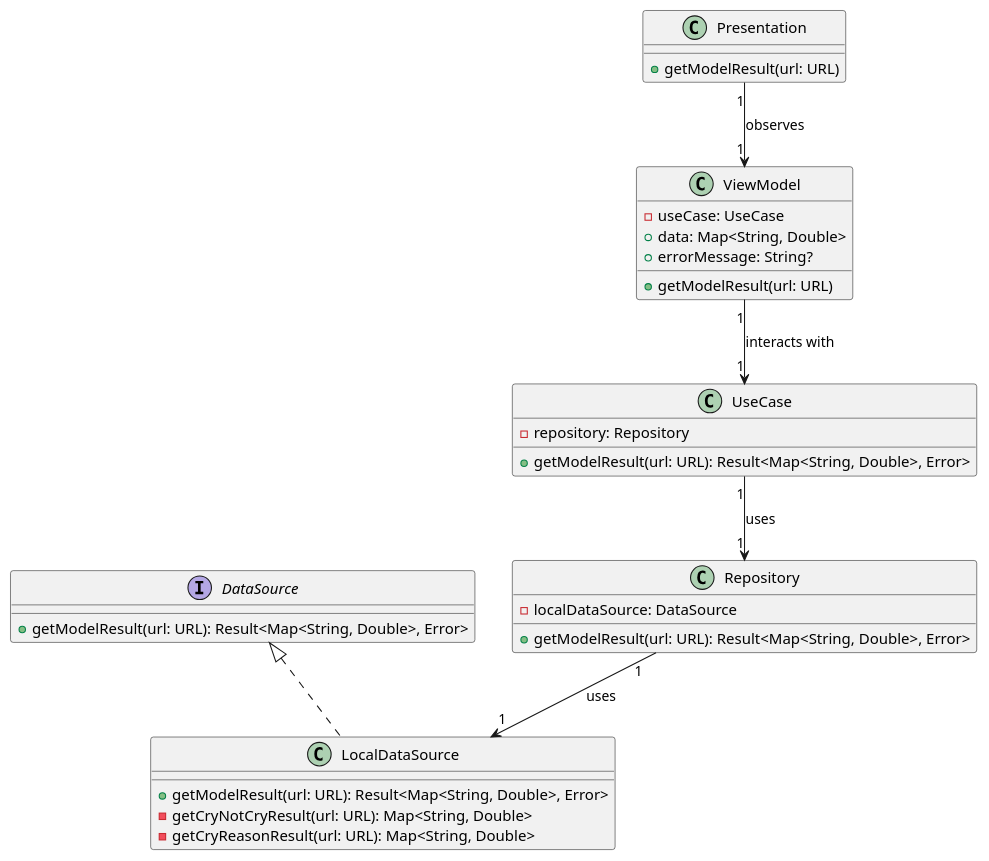
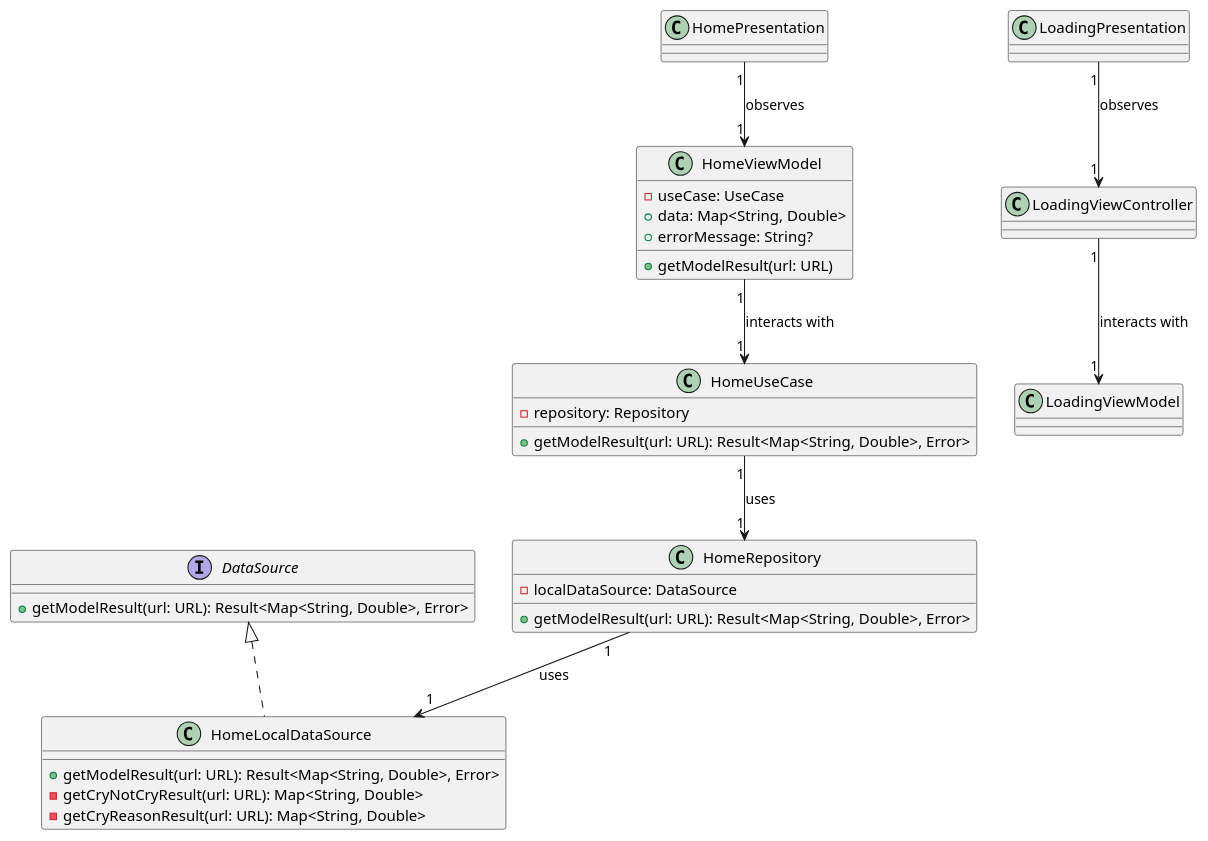
The diagram in PukPuk/Docs/Class Diagram/ClassDiagram.puml (mrasyadc/PukPuk), drawn with PlantUML before and after one commit.

Commit message:
docs: add loading on class diagram

```diff
--- a/PukPuk/Docs/Class Diagram/ClassDiagram.puml
+++ b/PukPuk/Docs/Class Diagram/ClassDiagram.puml
@@ -1,42 +1,56 @@
 @startuml PukPuk
 
 interface DataSource {
     + getModelResult(url: URL): Result<Map<String, Double>, Error>
 }
 
-class LocalDataSource implements DataSource {
+class HomeLocalDataSource implements DataSource {
     + getModelResult(url: URL): Result<Map<String, Double>, Error>
     - getCryNotCryResult(url: URL): Map<String, Double>
     - getCryReasonResult(url: URL): Map<String, Double>
 }
 
 
-class Repository {
+class HomeRepository {
     - localDataSource: DataSource
     + getModelResult(url: URL): Result<Map<String, Double>, Error>
 }
 
-class UseCase {
+class HomeUseCase {
     - repository: Repository
     + getModelResult(url: URL): Result<Map<String, Double>, Error>
 }
 
-class ViewModel {
+class HomeViewModel {
     - useCase: UseCase
     + data: Map<String, Double>
     + errorMessage: String?
     + getModelResult(url: URL)
 }
 
-class Presentation {
-    + getModelResult(url: URL)
+class HomePresentation {
 }
 
 
 
-Repository "1" --> "1" LocalDataSource : uses
-UseCase "1" --> "1" Repository : uses
-ViewModel "1" --> "1" UseCase : interacts with
-Presentation "1" --> "1" ViewModel : observes
+HomeRepository "1" --> "1" HomeLocalDataSource : uses
+HomeUseCase "1" --> "1" HomeRepository : uses
+HomeViewModel "1" --> "1" HomeUseCase : interacts with
+HomePresentation "1" --> "1" HomeViewModel : observes
+
+class LoadingPresentation {
+
+}
+
+class LoadingViewModel {
+
+}
+
+class LoadingViewController {
+    
+}
+
+LoadingViewController "1" --> "1" LoadingViewModel : interacts with
+LoadingPresentation "1" --> "1" LoadingViewController : observes
 
 @enduml
```
